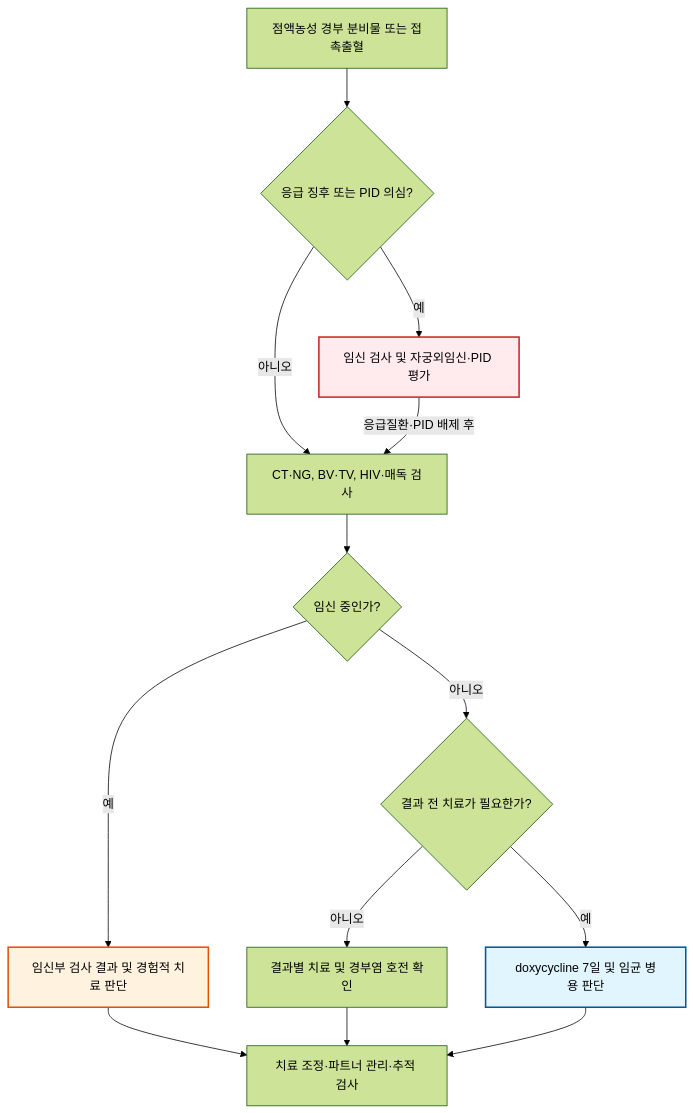
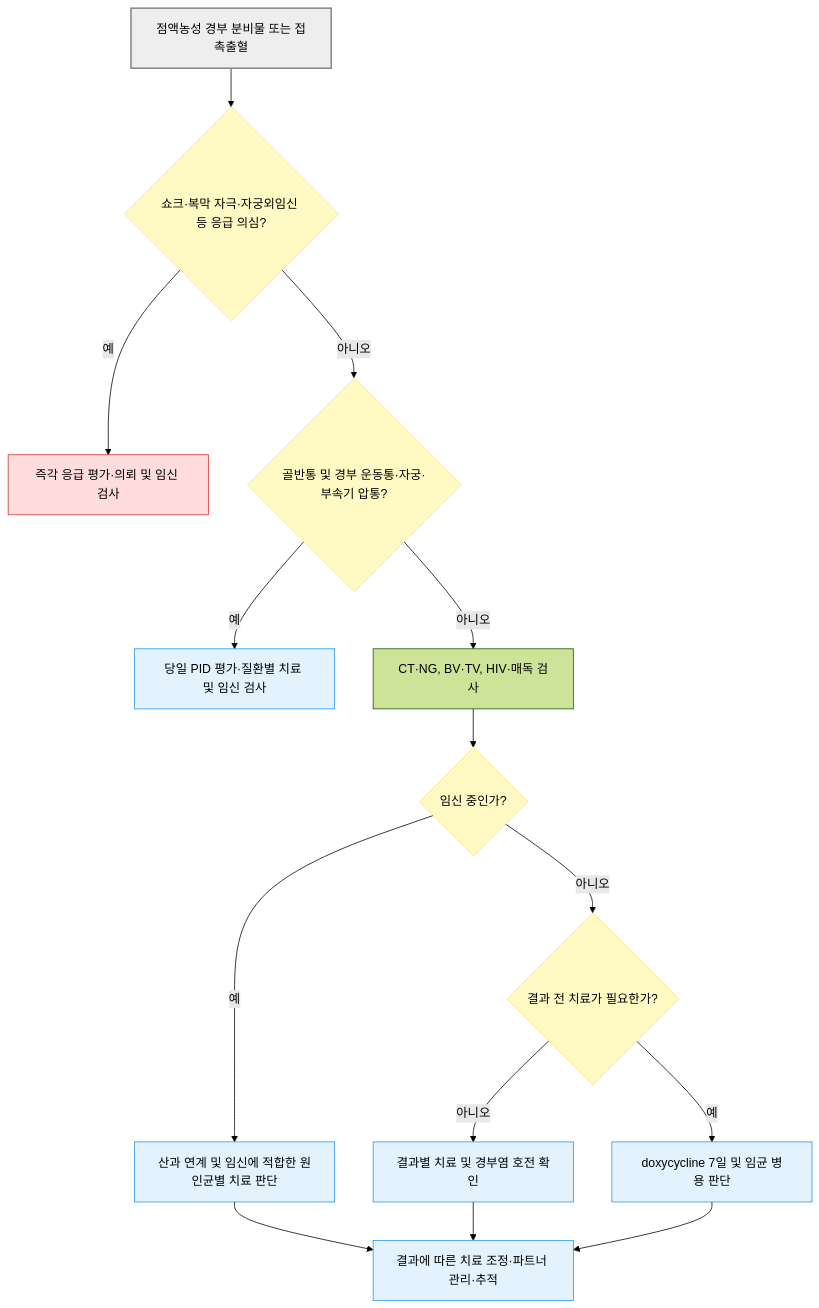
The diagram in 227_/123_-cervicitis.md (familyoh77/familyoh77), drawn with Mermaid (forest theme) before and after one commit. The commit also changed other lines of this file and 5 other files, not shown here.

````diff
--- a/227_/123_-cervicitis.md
+++ b/227_/123_-cervicitis.md
@@ -81,18 +87,23 @@
 ```mermaid
 flowchart TD
-    A["점액농성 경부 분비물 또는 접촉출혈"] --> B{"응급 징후 또는 PID 의심?"}
-    B -->|예| C["임신 검사 및 자궁외임신·PID 평가"]
-    B -->|아니오| D["CT·NG, BV·TV, HIV·매독 검사"]
-    C -->|응급질환·PID 배제 후| D
+    A["점액농성 경부 분비물 또는 접촉출혈"] --> B{"쇼크·복막 자극·자궁외임신 등 응급 의심?"}
+    B -- "예" --> C["즉각 응급 평가·의뢰 및 임신 검사"]
+    B -- "아니오" --> Q{"골반통 및 경부 운동통·자궁·부속기 압통?"}
+    Q -- "예" --> PID["당일 PID 평가·질환별 치료 및 임신 검사"]
+    Q -- "아니오" --> D["CT·NG, BV·TV, HIV·매독 검사"]
     D --> E{"임신 중인가?"}
-    E -->|예| P["임신부 검사 결과 및 경험적 치료 판단"]
-    E -->|아니오| F{"결과 전 치료가 필요한가?"}
-    F -->|아니오| G["결과별 치료 및 경부염 호전 확인"]
-    F -->|예| H["doxycycline 7일 및 임균 병용 판단"]
-    P --> I["치료 조정·파트너 관리·추적 검사"]
+    E -- "예" --> P["산과 연계 및 임신에 적합한 원인균별 치료 판단"]
+    E -- "아니오" --> F{"결과 전 치료가 필요한가?"}
+    F -- "아니오" --> G["결과별 치료 및 경부염 호전 확인"]
+    F -- "예" --> H["doxycycline 7일 및 임균 병용 판단"]
+    P --> I["결과에 따른 치료 조정·파트너 관리·추적"]
     G --> I
     H --> I
-    style C fill:#ffebee,stroke:#c62828,stroke-width:2px
-    style P fill:#fff3e0,stroke:#e65100,stroke-width:2px
-    style H fill:#e1f5fe,stroke:#01579b,stroke-width:2px
+    classDef question fill:#fff9c4,stroke:#ffe082
+    classDef emergency fill:#ffdddd,stroke:#d32f2f
+    classDef treatment fill:#e3f2fd,stroke:#2196f3
+    class B,Q,E,F question
+    class C emergency
+    class PID,P,G,H,I treatment
+    style A fill:#eeeeee,stroke:#888888,stroke-width:2px
 ```
````
